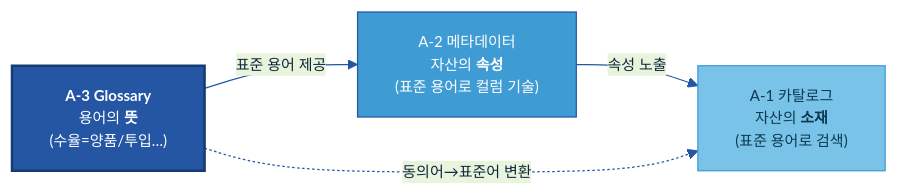
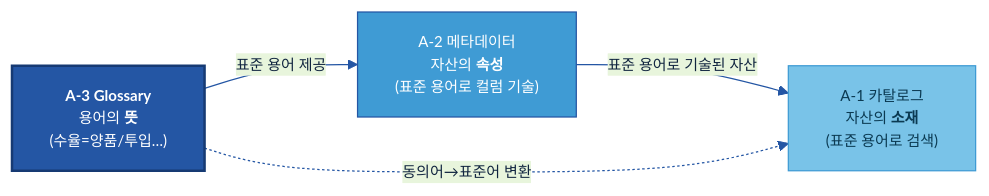
One commit to jin-kearney/ai-ready-data-manual changed the first of 5 diagrams in 가이드 작성/A-3 비즈니스 Glossary/A-3 비즈니스 Glossary.md. Above: the diagram before and after it, drawn with Mermaid. The commit also changed other lines of this file and 6 other files, not shown here.

First line of the commit message:
docs(A-1·A-2·A-3·B-1·B-2·B-3): 6개 가이드 스토리 점검·다이어그램 보강

````diff
--- a/가이드 작성/A-3 비즈니스 Glossary/A-3 비즈니스 Glossary.md
+++ b/가이드 작성/A-3 비즈니스 Glossary/A-3 비즈니스 Glossary.md
@@ -70,12 +70,12 @@
 ```mermaid
 %%{init: {'theme':'base','themeVariables':{'primaryColor':'#DCE8F5','primaryBorderColor':'#2456A4','primaryTextColor':'#10243f','lineColor':'#2456A4','clusterBkg':'#EEF4FB','clusterBorder':'#6B9AD1','fontSize':'12px'}}}%%
 flowchart LR
     A3["<b>A-3 Glossary</b><br/>용어의 <b>뜻</b><br/>(수율=양품/투입…)"]:::cat
     A2["A-2 메타데이터<br/>자산의 <b>속성</b><br/>(표준 용어로 컬럼 기술)"]:::gate
     A1["A-1 카탈로그<br/>자산의 <b>소재</b><br/>(표준 용어로 검색)"]:::src
-    A3 -->|"표준 용어 제공"| A2 -->|"속성 노출"| A1
+    A3 -->|"표준 용어 제공"| A2 -->|"표준 용어로 기술된 자산"| A1
     A3 -.->|"동의어→표준어 변환"| A1
     classDef src fill:#79C3E8,stroke:#3F9BD4,color:#0b3a52;
     classDef cat fill:#2456A4,color:#fff,stroke:#163a73,stroke-width:2px;
     classDef gate fill:#3F9BD4,stroke:#2456A4,color:#fff;
 ```
````
